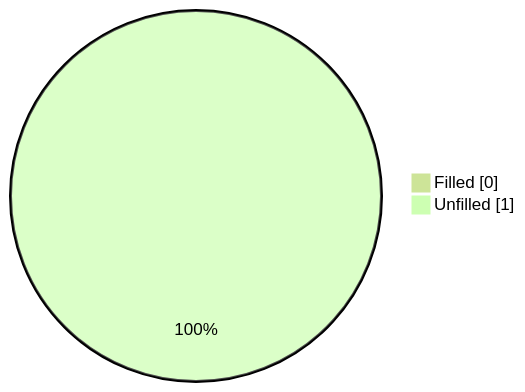
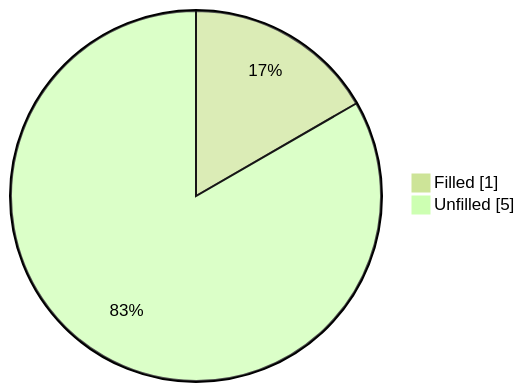
Before and after one commit to Chieko-Y/my-spec-generator: the first of 2 diagrams in workspace/subaru/outback-2025/ivi/published/navigation-system-if-equipped/README.md, drawn with Mermaid (forest theme). The commit also changed other lines of this file and 477 other files, not shown here.

````diff
--- a/workspace/subaru/outback-2025/ivi/published/navigation-system-if-equipped/README.md
+++ b/workspace/subaru/outback-2025/ivi/published/navigation-system-if-equipped/README.md
@@ -17,5 +17,5 @@
 ```mermaid
 pie showData
-    "Filled" : 0
-    "Unfilled" : 1
+    "Filled" : 1
+    "Unfilled" : 5
 ```
````
